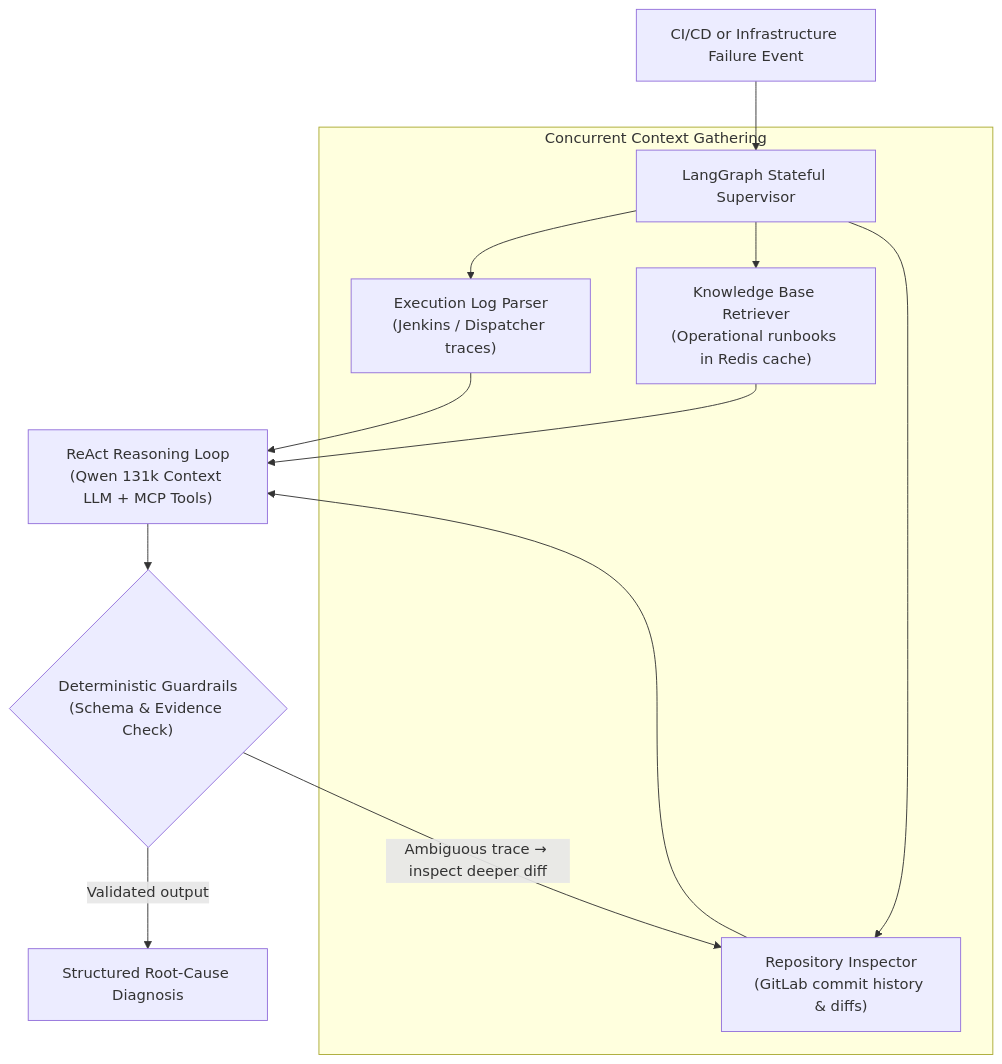
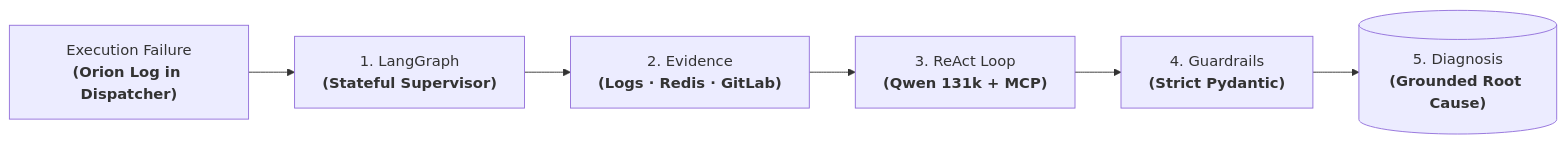
One commit to oredondo/oredondo.github.io changed the diagram in docs/projects/orion-ai.md. Above: the diagram before and after it, drawn with Mermaid. The commit also changed other lines of this file and 31 other files, not shown here.

First line of the commit message:
refactor(portfolio): unify architecture case studies, NextGen context, blog essays, and bilingual CV

````diff
--- a/docs/projects/orion-ai.md
+++ b/docs/projects/orion-ai.md
@@ -36,17 +37,8 @@
 ```mermaid
-flowchart TD
-    Trigger["CI/CD or Infrastructure Failure Event"] --> Orchestrator["LangGraph Stateful Supervisor"]
-
-    subgraph ParallelEvidence["Concurrent Context Gathering"]
-        Orchestrator --> LogNode["Execution Log Parser<br/>(Jenkins / Dispatcher traces)"]
-        Orchestrator --> DocNode["Knowledge Base Retriever<br/>(Operational runbooks in Redis cache)"]
-        Orchestrator --> GitNode["Repository Inspector<br/>(GitLab commit history & diffs)"]
-    end
-
-    LogNode & DocNode & GitNode --> ReAct["ReAct Reasoning Loop<br/>(Qwen 131k Context LLM + MCP Tools)"]
-
-    Guardrails{"Deterministic Guardrails<br/>(Schema & Evidence Check)"}
-    ReAct --> Guardrails
-    Guardrails -- "Ambiguous trace → inspect deeper diff" --> GitNode
-    Guardrails -- "Validated output" --> Report["Structured Root-Cause Diagnosis"]
+flowchart LR
+    Fail["Execution Failure<br/><b>(Orion Log in Dispatcher)</b>"] --> Sup["1. LangGraph<br/><b>(Stateful Supervisor)</b>"]
+    Sup --> Evid["2. Evidence<br/><b>(Logs · Redis · GitLab)</b>"]
+    Evid --> ReAct["3. ReAct Loop<br/><b>(Qwen 131k + MCP)</b>"]
+    ReAct --> Guard["4. Guardrails<br/><b>(Strict Pydantic)</b>"]
+    Guard --> Report[("5. Diagnosis<br/><b>(Grounded Root Cause)</b>")]
 ```
````
